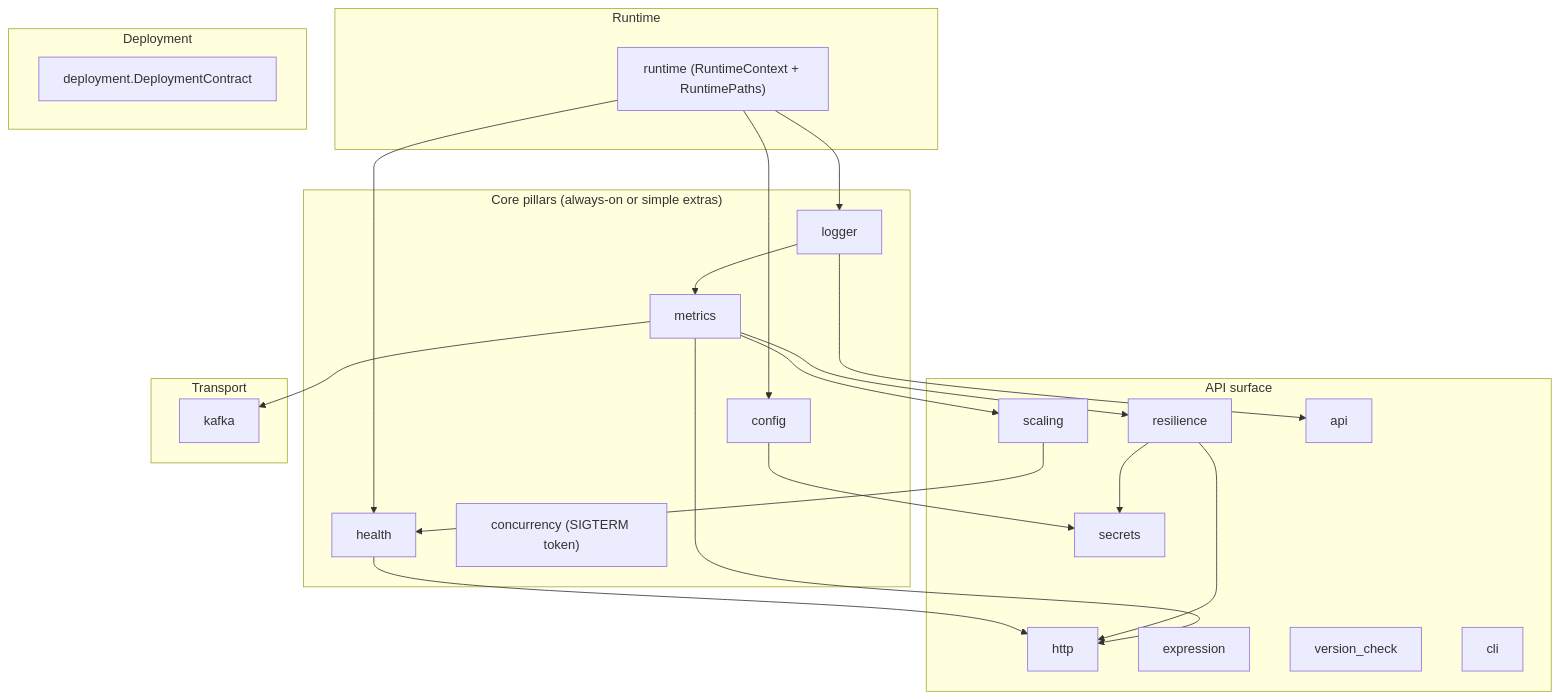
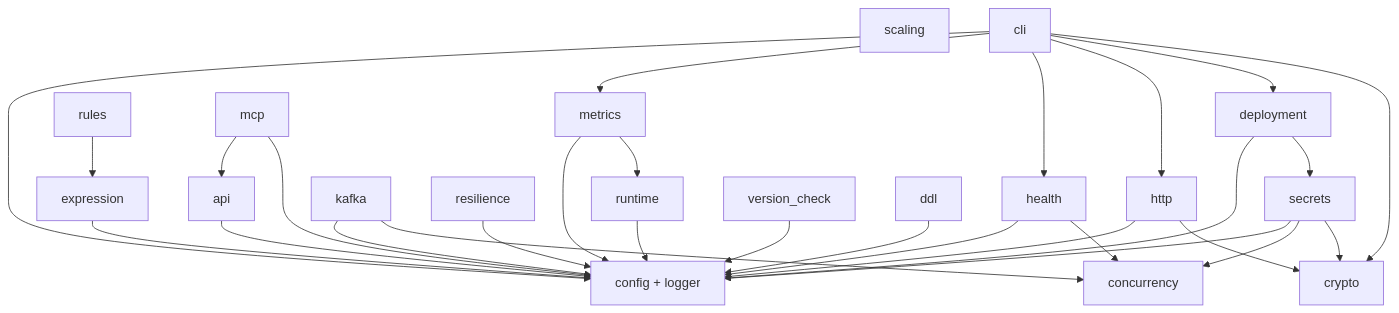
The diagram in docs/architecture.md (hyperi-io/scalo-py), drawn with Mermaid before and after one commit. The commit also changed other lines of this file and 40 other files, not shown here.

````diff
--- a/docs/architecture.md
+++ b/docs/architecture.md
@@ -36,53 +28,51 @@
 ```mermaid
 flowchart TB
-    subgraph Pillars["Core pillars (always-on or simple extras)"]
-        Config["config"]
-        Logger["logger"]
-        Metrics["metrics"]
-        Health["health"]
-        Shutdown["concurrency (SIGTERM token)"]
-    end
+    Core["config + logger"]
+    Runtime["runtime"]
+    Metrics["metrics"]
+    Health["health"]
+    Conc["concurrency"]
+    Crypto["crypto"]
+    HTTP["http"]
+    Secrets["secrets"]
+    Kafka["kafka"]
+    Resil["resilience"]
+    Scal["scaling"]
+    Expr["expression"]
+    Rules["rules"]
+    API["api"]
+    MCP["mcp"]
+    CLI["cli"]
+    Deploy["deployment"]
+    VC["version_check"]
+    DDL["ddl"]
 
-    subgraph Runtime["Runtime"]
-        Rt["runtime (RuntimeContext + RuntimePaths)"]
-    end
-
-    subgraph API["API surface"]
-        HTTP["http"]
-        Secrets["secrets"]
-        Expr["expression"]
-        Resil["resilience"]
-        VC["version_check"]
-        Scal["scaling"]
-        CLI["cli"]
-        APIConv["api"]
-    end
-
-    subgraph Transport["Transport"]
-        Kafka["kafka"]
-    end
-
-    subgraph Deploy["Deployment"]
-        DC["deployment.DeploymentContract"]
-    end
-
-    Rt --> Config
-    Rt --> Logger
-    Rt --> Health
-
-    Config --> Secrets
-
-    Logger --> Metrics
-
-    Metrics --> HTTP
-    Metrics --> Kafka
-    Metrics --> Resil
-    Metrics --> Scal
-
-    Resil --> HTTP
-    Resil --> Secrets
-
-    Health --> HTTP
-    Scal --> Health
-    Logger --> APIConv
+    Runtime --> Core
+    Metrics --> Core
+    Metrics --> Runtime
+    Health --> Core
+    Health --> Conc
+    HTTP --> Core
+    HTTP --> Crypto
+    Secrets --> Core
+    Secrets --> Conc
+    Secrets --> Crypto
+    Kafka --> Core
+    Kafka --> Conc
+    Resil --> Core
+    Expr --> Core
+    Rules --> Expr
+    API --> Core
+    MCP --> API
+    MCP --> Core
+    CLI --> Core
+    CLI --> Metrics
+    CLI --> Health
+    CLI --> HTTP
+    CLI --> Deploy
+    CLI --> Crypto
+    Deploy --> Core
+    Deploy --> Secrets
+    VC --> Core
+    DDL --> Core
 ```
````
